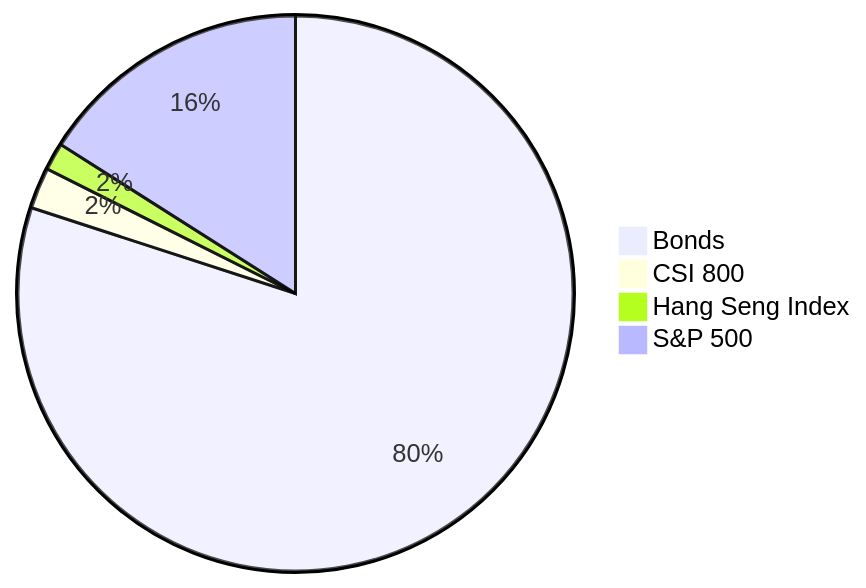
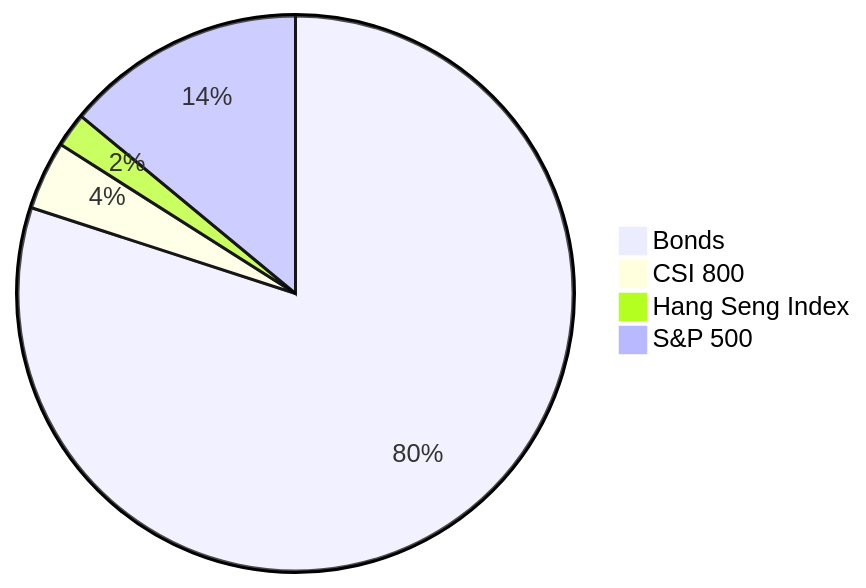
Before and after one commit to low-earth-orbit/notes: the first of 5 diagrams in chinese-couch-potato.md, drawn with Mermaid. The commit also changed other lines of this file and 4 other files, not shown here.

````diff
--- a/chinese-couch-potato.md
+++ b/chinese-couch-potato.md
@@ -139,7 +131,7 @@
 ```mermaid
 pie
 "Bonds" : 80
-"CSI 800": 2.4
-"Hang Seng Index" : 1.6
-"S&P 500" : 16
+"CSI 800": 4
+"Hang Seng Index" : 2
+"S&P 500" : 14
 ```
````
